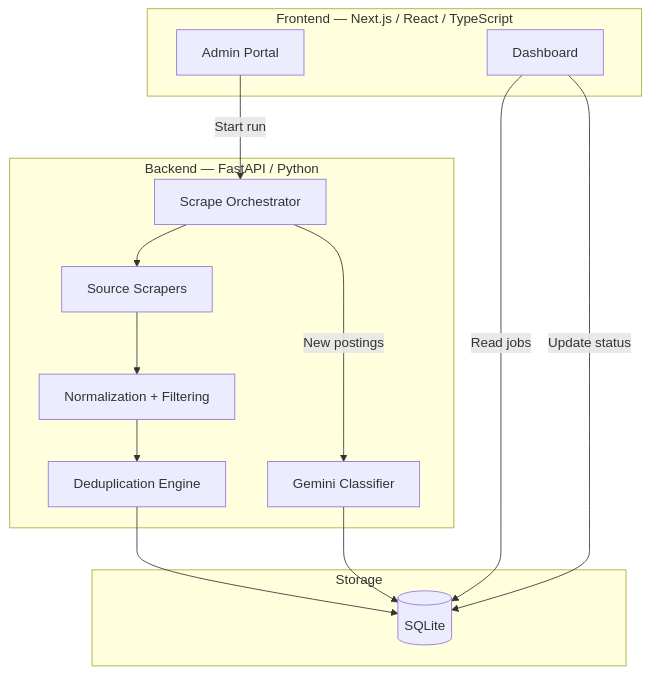
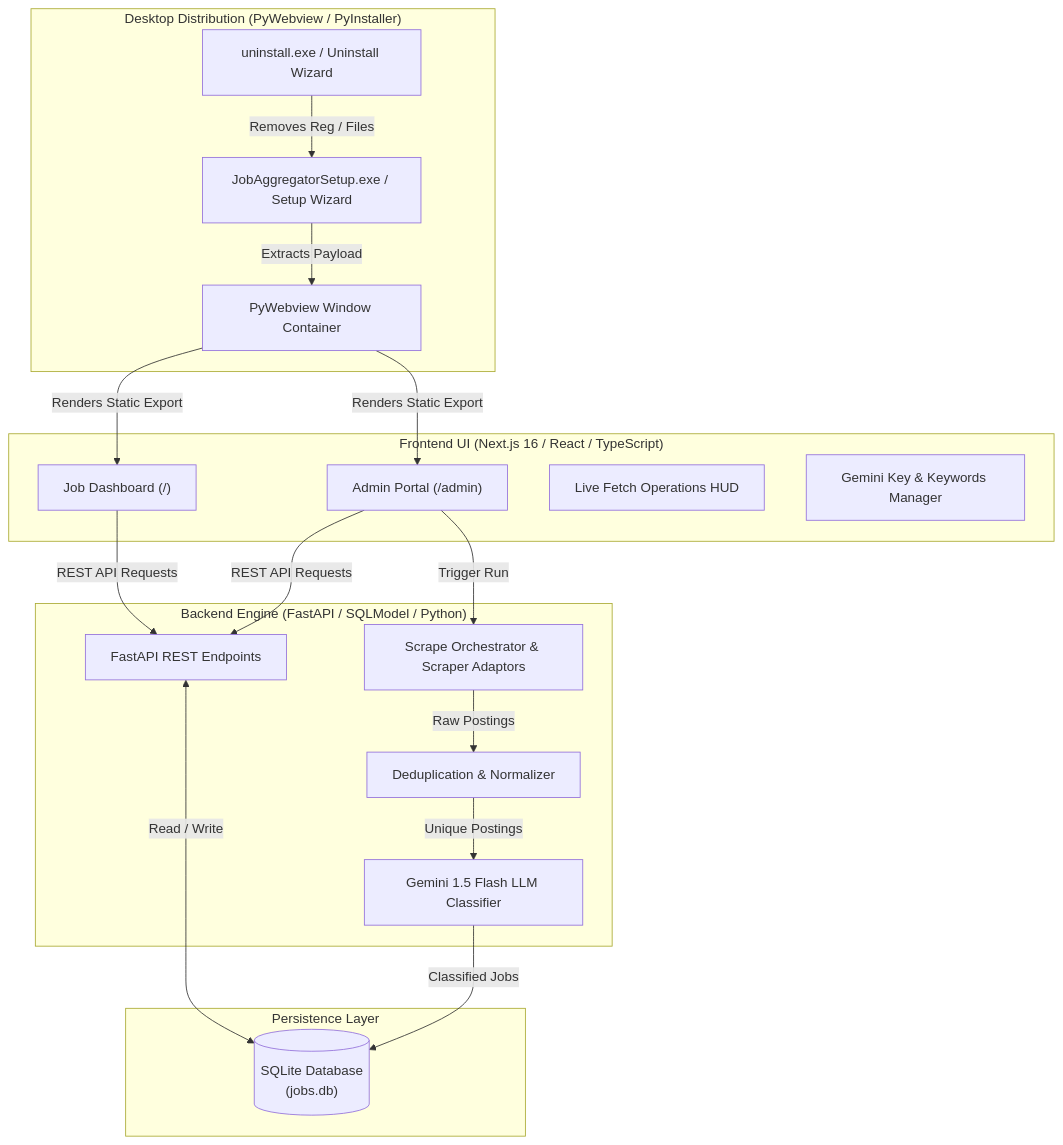
The diagram in README.md (YasiruKaveeshwara/Job-Aggregator), drawn with Mermaid before and after one commit. The commit also changed other lines of this file, not shown here.

Commit message:
docs: overhaul README to include desktop distribution details and architectural diagrams

````diff
--- a/README.md
+++ b/README.md
@@ -60,29 +31,38 @@
 ```mermaid
 flowchart TD
-    subgraph Frontend ["Frontend — Next.js / React / TypeScript"]
-        Dashboard[Dashboard]
-        Admin[Admin Portal]
+    subgraph Desktop ["Desktop Distribution (PyWebview / PyInstaller)"]
+        Installer["JobAggregatorSetup.exe / Setup Wizard"]
+        NativeWindow["PyWebview Window Container"]
+        Uninstaller["uninstall.exe / Uninstall Wizard"]
     end
 
-    subgraph Backend ["Backend — FastAPI / Python"]
-        Orchestrator[Scrape Orchestrator]
-        Scrapers[Source Scrapers]
-        Normalizer[Normalization + Filtering]
-        Dedup[Deduplication Engine]
-        AIClassifier[Gemini Classifier]
+    subgraph Frontend ["Frontend UI (Next.js 16 / React / TypeScript)"]
+        Dashboard["Job Dashboard (/)"]
+        AdminPortal["Admin Portal (/admin)"]
+        ScrapeHUD["Live Fetch Operations HUD"]
+        SettingsUI["Gemini Key & Keywords Manager"]
     end
 
-    subgraph Storage ["Storage"]
-        DB[(SQLite)]
+    subgraph Backend ["Backend Engine (FastAPI / SQLModel / Python)"]
+        API["FastAPI REST Endpoints"]
+        Orchestrator["Scrape Orchestrator & Scraper Adaptors"]
+        DedupEngine["Deduplication & Normalizer"]
+        GeminiAI["Gemini 1.5 Flash LLM Classifier"]
     end
 
-    Admin -->|Start run| Orchestrator
-    Orchestrator --> Scrapers
-    Scrapers --> Normalizer
-    Normalizer --> Dedup
-    Dedup --> DB
-    Orchestrator -->|New postings| AIClassifier
-    AIClassifier --> DB
-    Dashboard -->|Read jobs| DB
-    Dashboard -->|Update status| DB
+    subgraph Storage ["Persistence Layer"]
+        DB[("SQLite Database\n(jobs.db)")]
+    end
+
+    Installer -->|Extracts Payload| NativeWindow
+    NativeWindow -->|Renders Static Export| Dashboard
+    NativeWindow -->|Renders Static Export| AdminPortal
+    Dashboard -->|REST API Requests| API
+    AdminPortal -->|REST API Requests| API
+    AdminPortal -->|Trigger Run| Orchestrator
+    Orchestrator -->|Raw Postings| DedupEngine
+    DedupEngine -->|Unique Postings| GeminiAI
+    GeminiAI -->|Classified Jobs| DB
+    API <-->|Read / Write| DB
+    Uninstaller -->|Removes Reg / Files| Installer
 ```
````
